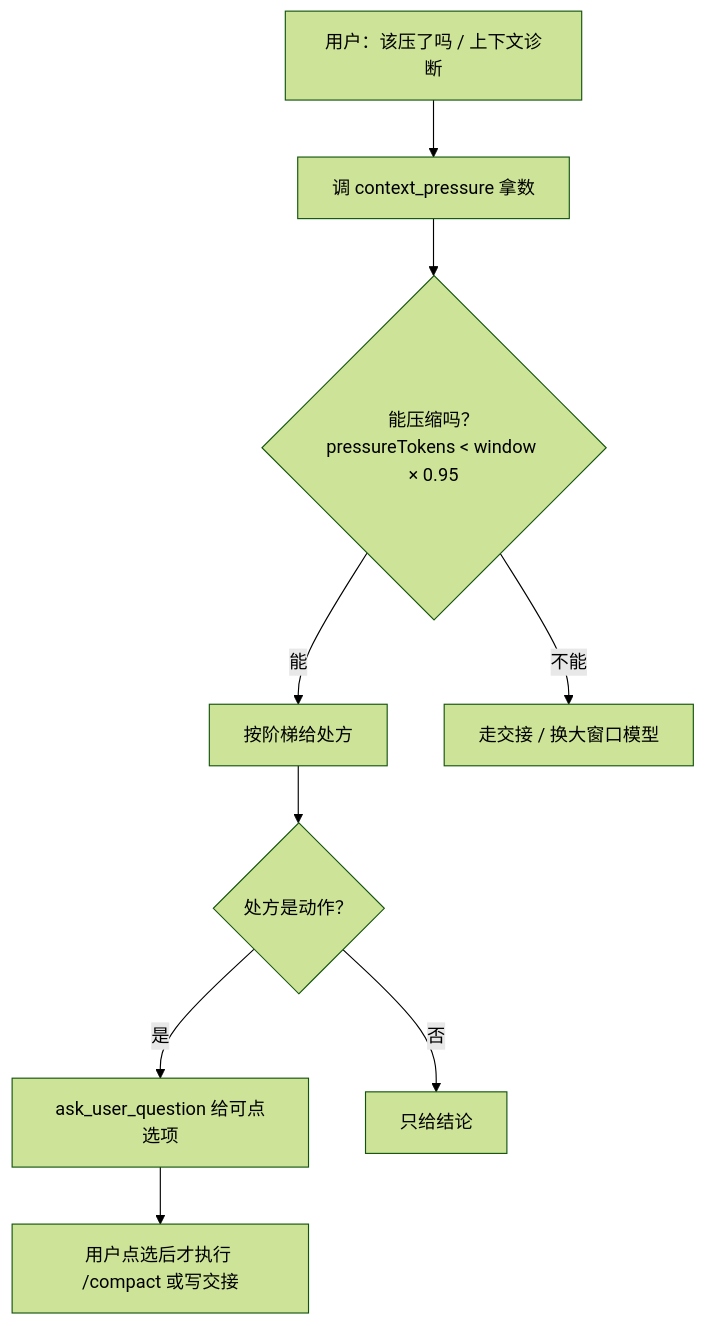
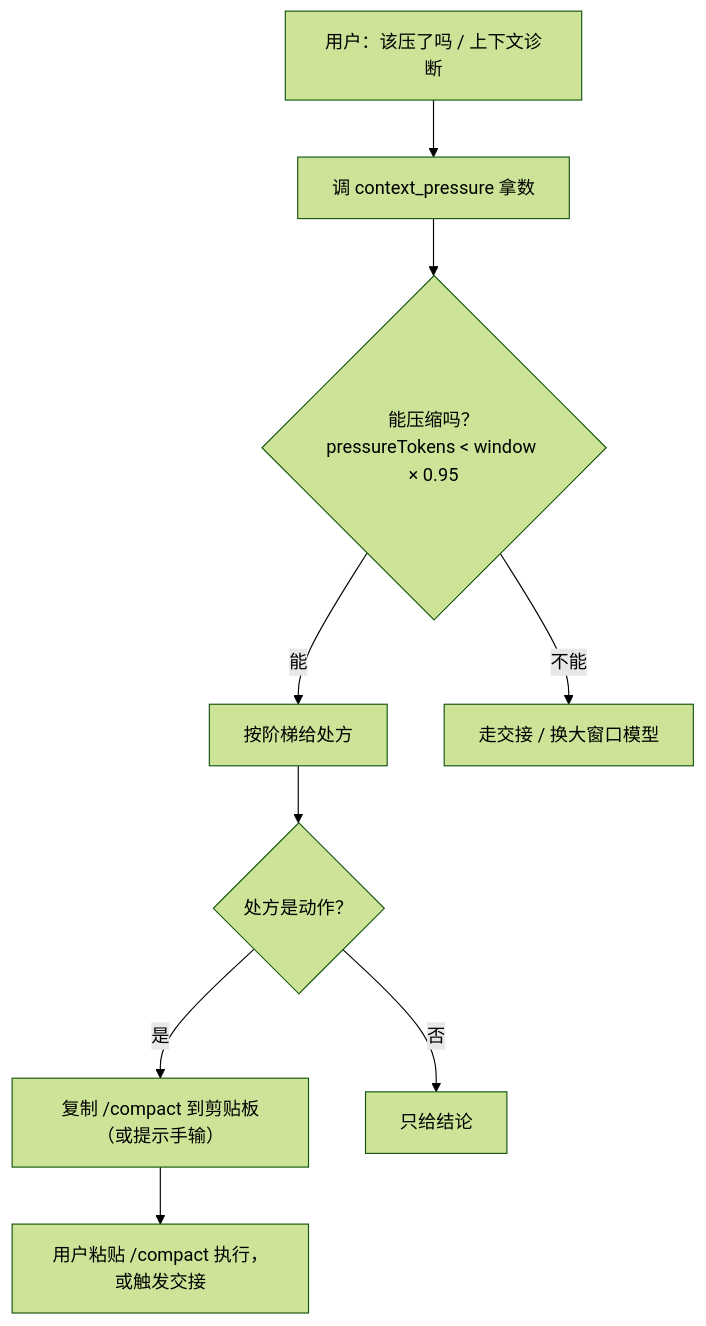
Before and after one commit to OnebugIS/dsh-context-ops: the second of 2 diagrams in README.md, drawn with Mermaid (forest theme). The commit also changed other lines of this file and 4 other files, not shown here.

Commit message:
feat: 决策/诊断改为复制 /compact 到剪贴板

````diff
--- a/README.md
+++ b/README.md
@@ -204,11 +204,11 @@
 ```mermaid
 flowchart TD
     A["用户：该压了吗 / 上下文诊断"] --> B["调 context_pressure 拿数"]
     B --> C{"能压缩吗？<br/>pressureTokens < window × 0.95"}
     C -- 能 --> D["按阶梯给处方"]
     C -- 不能 --> E["走交接 / 换大窗口模型"]
     D --> F{"处方是动作？"}
-    F -- 是 --> G["ask_user_question 给可点选项"]
+    F -- 是 --> G["复制 /compact 到剪贴板（或提示手输）"]
     F -- 否 --> H["只给结论"]
-    G --> I["用户点选后才执行 /compact 或写交接"]
+    G --> I["用户粘贴 /compact 执行，或触发交接"]
 ```
````
